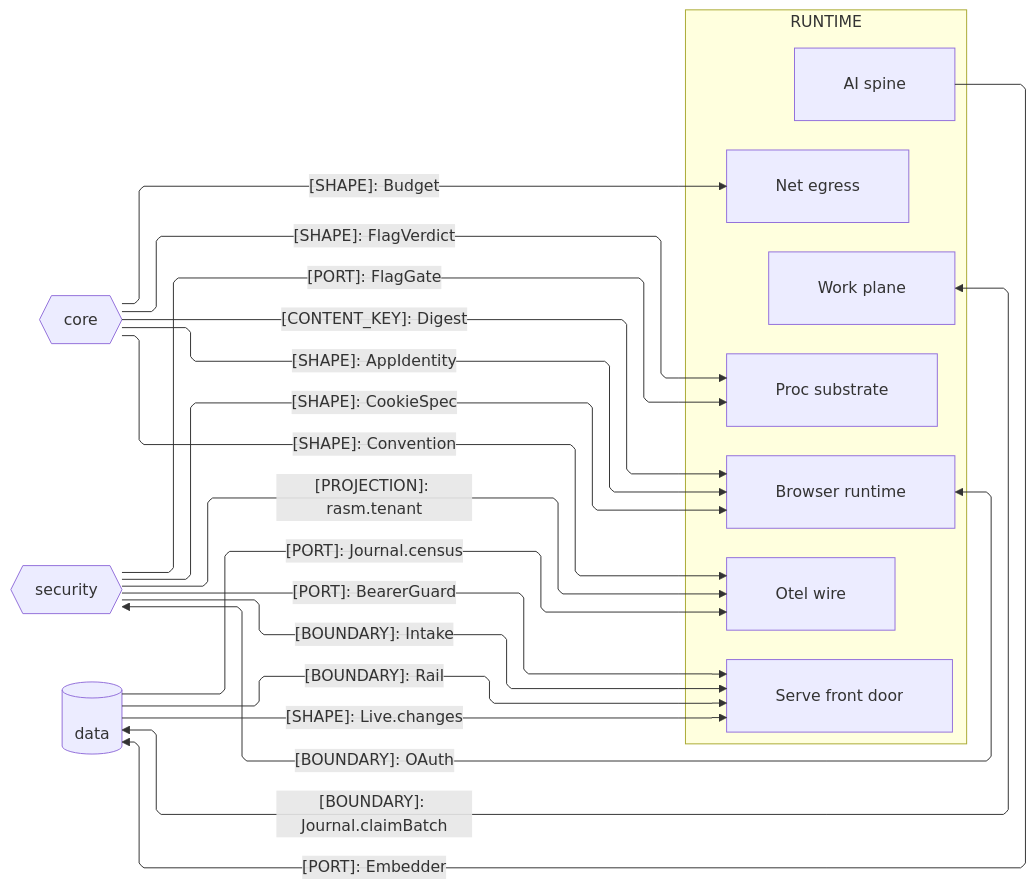
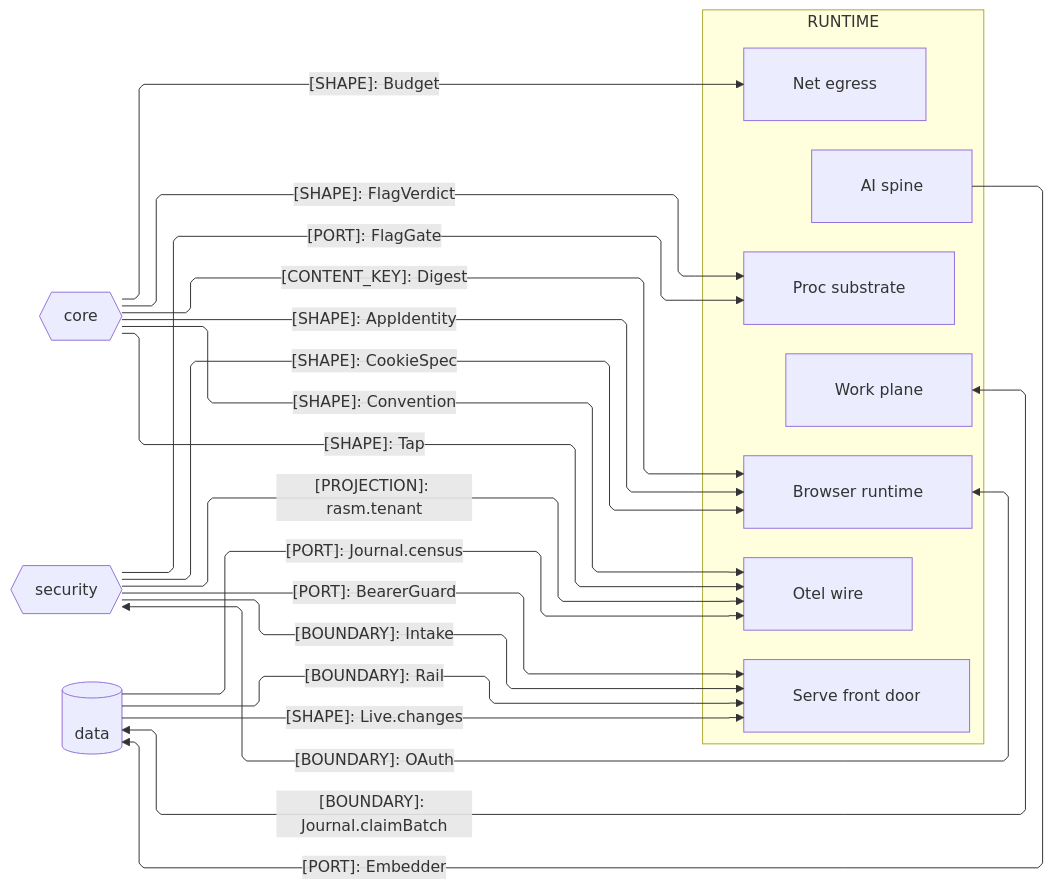
One commit to bsamiee/Rasm changed the second of 3 diagrams in libs/typescript/runtime/ARCHITECTURE.md. Above: the diagram before and after it, drawn with Mermaid. The commit also changed other lines of this file and 195 other files, not shown here.

````diff
--- a/libs/typescript/runtime/ARCHITECTURE.md
+++ b/libs/typescript/runtime/ARCHITECTURE.md
@@ -107,40 +107,41 @@
 ```mermaid
 ---
 config:
   layout: elk
   flowchart:
     curve: linear
     padding: 25
 ---
 flowchart LR
     accTitle: Runtime domain-peer seam registry
     accDescr: Runtime sub-domain owners exchanging flag, budget, convention, identity, custody, durable-store, and tenant-projection shapes with the core, security, and data TypeScript domain peers, one edge per contract family mirrored at each counterpart.
     subgraph runtime[RUNTIME]
         Proc[Proc substrate]
         Net[Net egress]
         Otel[Otel wire]
         Browser[Browser runtime]
         Serve[Serve front door]
         Work[Work plane]
         Ai[AI spine]
     end
     Core{{core}}
     Security{{security}}
     Data[(data)]
     Core e1@-->|"[SHAPE]: FlagVerdict"| Proc
     Core e2@-->|"[SHAPE]: Budget"| Net
     Core e3@-->|"[SHAPE]: Convention"| Otel
     Core e4@-->|"[CONTENT_KEY]: Digest"| Browser
     Core e14@-->|"[SHAPE]: AppIdentity"| Browser
     Security e5@-->|"[SHAPE]: CookieSpec"| Browser
     Browser e6@<-->|"[BOUNDARY]: OAuth"| Security
     Security e7@-->|"[PORT]: BearerGuard"| Serve
     Security e8@-->|"[BOUNDARY]: Intake"| Serve
     Security e13@-->|"[PORT]: FlagGate"| Proc
     Data e9@-->|"[BOUNDARY]: Rail"| Serve
     Data e10@-->|"[SHAPE]: Live.changes"| Serve
     Work e11@<-->|"[BOUNDARY]: Journal.claimBatch"| Data
     Ai e12@-->|"[PORT]: Embedder"| Data
     Data e15@-->|"[PORT]: Journal.census"| Otel
     Security e16@-->|"[PROJECTION]: rasm.tenant"| Otel
+    Core e17@-->|"[SHAPE]: Tap"| Otel
 ```
````
